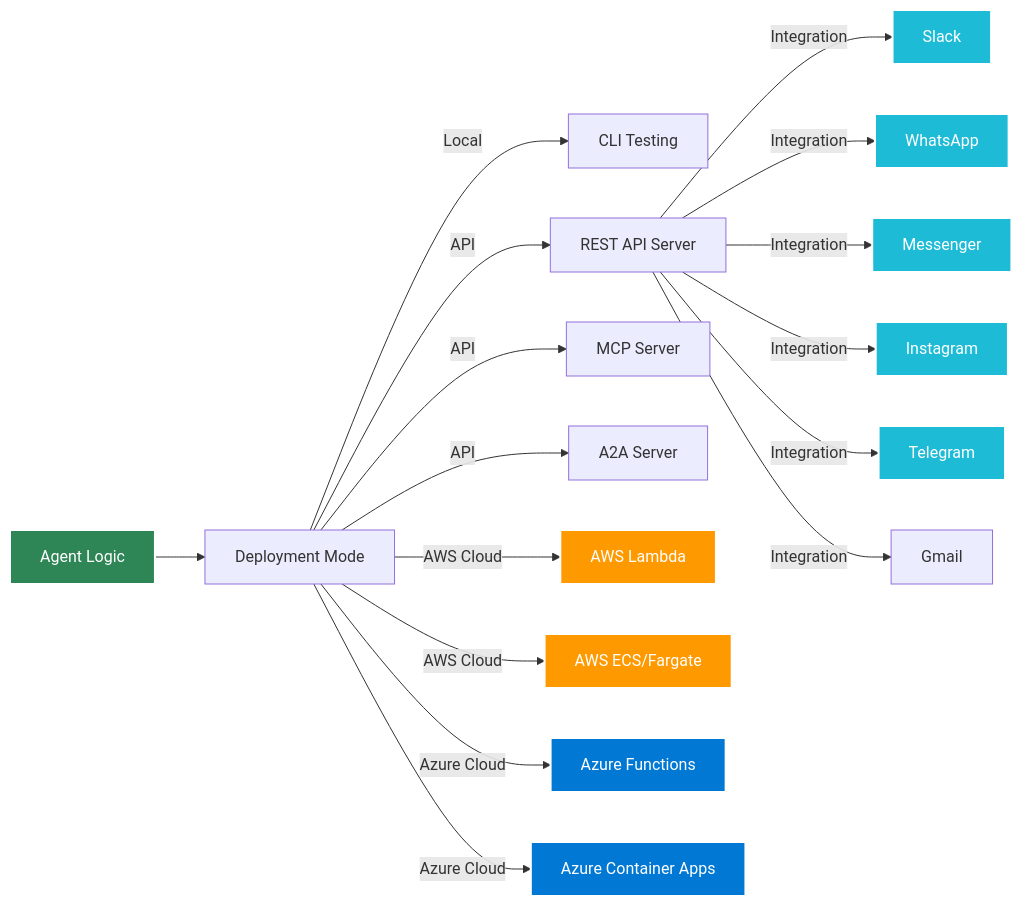
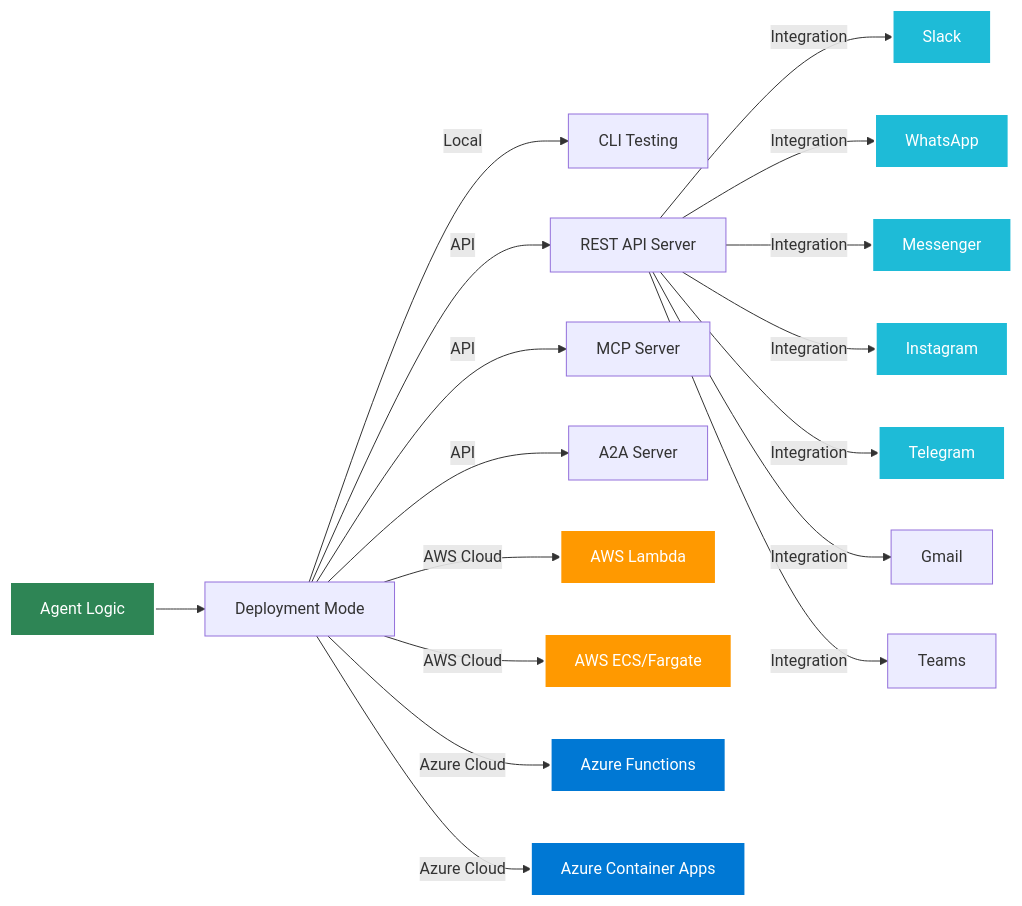
The second of 2 diagrams in docs/docs/intro.md (yaalalabs/agent-kernel), drawn with Mermaid before and after one commit. The commit also changed other lines of this file and 10 other files, not shown here.

````diff
--- a/docs/docs/intro.md
+++ b/docs/docs/intro.md
@@ -176,25 +193,25 @@
 ```mermaid
 ---
 config:
   layout: dagre
   elk: true
 ---
 flowchart LR
     A["Agent Logic"] --> B["Deployment Mode"]
     B -- Local --> C["CLI Testing"]
     B -- API --> D["REST API Server"] & G["MCP Server"] & H["A2A Server"]
     B -- AWS Cloud --> E["AWS Lambda"] & F["AWS ECS/Fargate"]
     B -- Azure Cloud --> K["Azure Functions"] & L["Azure Container Apps"]
-    D -- Integration --> I["Slack"] & J["WhatsApp"] & M["Messenger"] & N["Instagram"] & O["Telegram"] & P["Gmail"]
+    D -- Integration --> I["Slack"] & J["WhatsApp"] & M["Messenger"] & N["Instagram"] & O["Telegram"] & P["Gmail"] & T["Teams"]
 
     style A fill:#2e8555,stroke:#fff,stroke-width:2px,color:#fff
     style E fill:#FF9900,stroke:#fff,stroke-width:2px,color:#fff
     style F fill:#FF9900,stroke:#fff,stroke-width:2px,color:#fff
     style K fill:#0078D4,stroke:#fff,stroke-width:2px,color:#fff
     style L fill:#0078D4,stroke:#fff,stroke-width:2px,color:#fff
     style I fill:#1ebbd7,stroke:#fff,stroke-width:2px,color:#fff
     style J fill:#1ebbd7,stroke:#fff,stroke-width:2px,color:#fff
     style M fill:#1ebbd7,stroke:#fff,stroke-width:2px,color:#fff
     style N fill:#1ebbd7,stroke:#fff,stroke-width:2px,color:#fff
     style O fill:#1ebbd7,stroke:#fff,stroke-width:2px,color:#fff
 ```
````
